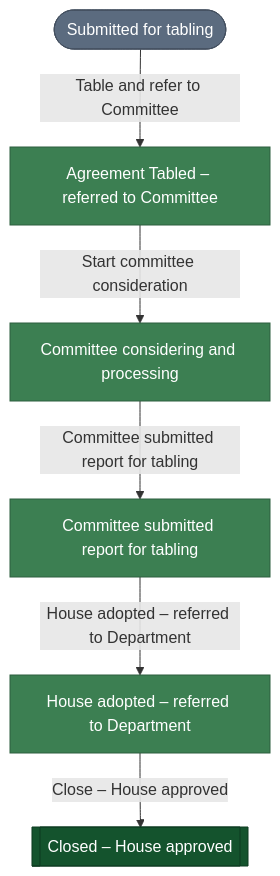
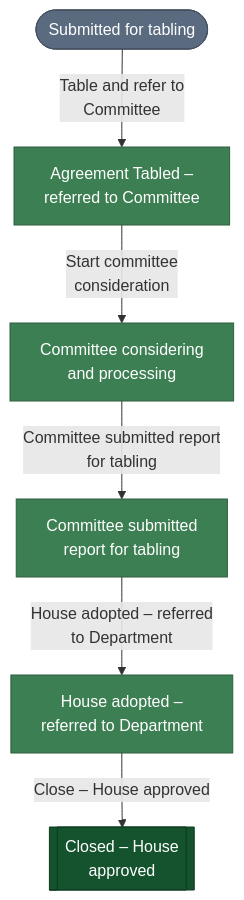
Before and after one commit to gelie/pwms_project: the diagram in src/pwms/docs/international_agreement_workflow.md, drawn with Mermaid. The commit also changed 4 other files, not shown here.

First line of the commit message:
Fix bill workflow diagram rendering and legend

````diff
--- a/src/pwms/docs/international_agreement_workflow.md
+++ b/src/pwms/docs/international_agreement_workflow.md
@@ -5,19 +5,19 @@
 ```mermaid
 %% Generated by `manage.py generate_diagrams`; do not edit by hand.
 %% Workflow: International Agreement
 flowchart TD
     classDef initial fill:#5b6b7f,stroke:#434f5f,color:#FFFFFF,stroke-width:1px
     classDef regular fill:#3c7f52,stroke:#2d5f3e,color:#FFFFFF,stroke-width:1px
     classDef terminal fill:#14532d,stroke:#0d3a20,color:#FFFFFF,stroke-width:1px
     s0(["Submitted for tabling"]):::initial
-    s1["Agreement Tabled – referred to Committee"]:::regular
-    s2["Committee considering and processing"]:::regular
-    s3["Committee submitted report for tabling"]:::regular
-    s4["House adopted – referred to Department"]:::regular
-    s5[["Closed – House approved"]]:::terminal
-    s0 -->|"Table and refer to Committee"| s1
-    s1 -->|"Start committee consideration"| s2
-    s2 -->|"Committee submitted report for tabling"| s3
-    s3 -->|"House adopted – referred to Department"| s4
+    s1["Agreement Tabled –<br/>referred to Committee"]:::regular
+    s2["Committee considering<br/>and processing"]:::regular
+    s3["Committee submitted<br/>report for tabling"]:::regular
+    s4["House adopted –<br/>referred to Department"]:::regular
+    s5[["Closed – House<br/>approved"]]:::terminal
+    s0 -->|"Table and refer to<br/>Committee"| s1
+    s1 -->|"Start committee<br/>consideration"| s2
+    s2 -->|"Committee submitted report<br/>for tabling"| s3
+    s3 -->|"House adopted – referred<br/>to Department"| s4
     s4 -->|"Close – House approved"| s5
 ```
````
